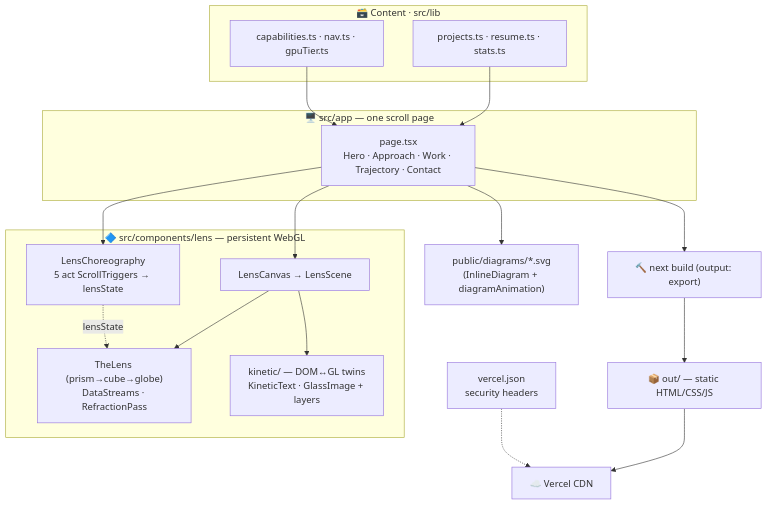
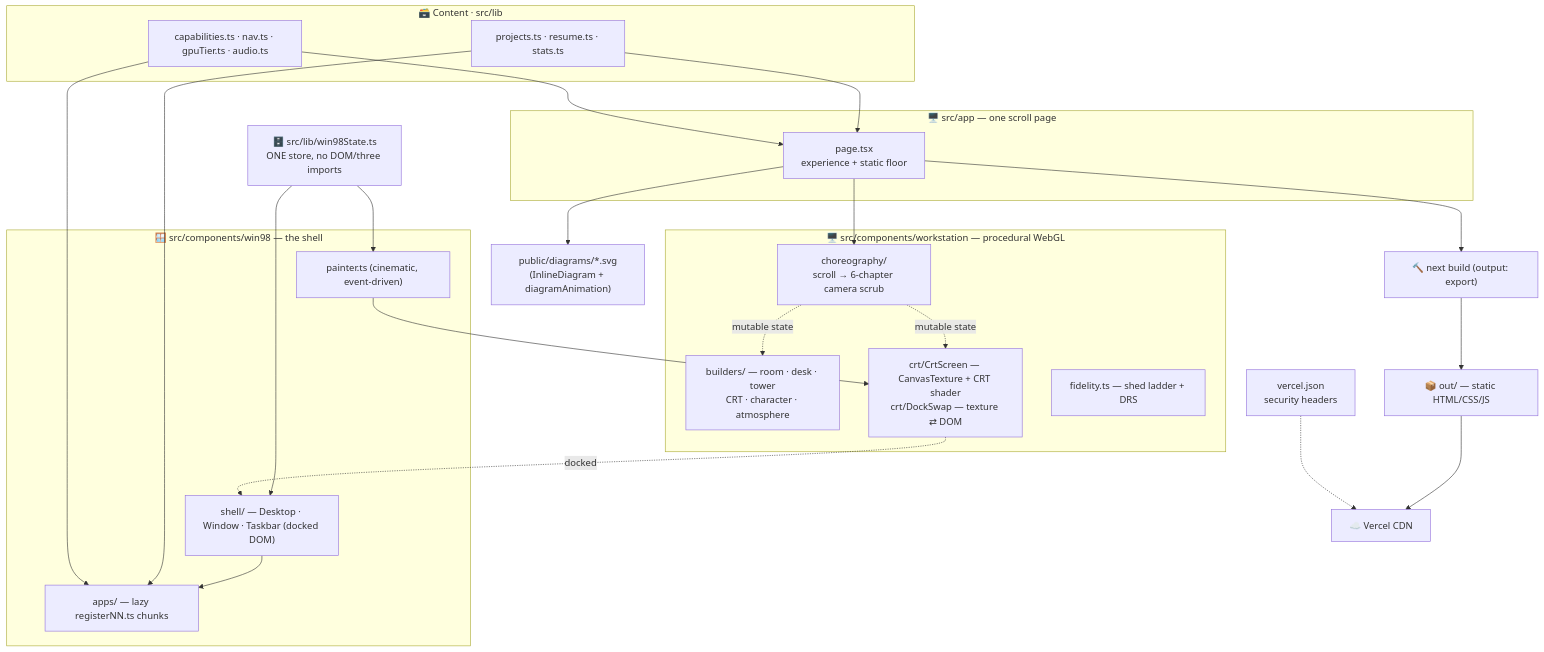
One commit to aravindGitHub1994/my-portfolio changed the diagram in README.md. Above: the diagram before and after it, drawn with Mermaid. The commit also changed other lines of this file and 10 other files, not shown here.

````diff
--- a/README.md
+++ b/README.md
@@ -38,25 +41,34 @@
 ```mermaid
 flowchart TD
     subgraph Page["🖥️ src/app — one scroll page"]
-        PG["page.tsx<br/>Hero · Approach · Work · Trajectory · Contact"]
+        PG["page.tsx<br/>experience + static floor"]
     end
-    subgraph Lens["🔷 src/components/lens — persistent WebGL"]
-        LC["LensCanvas → LensScene"]
-        CH["LensChoreography<br/>5 act ScrollTriggers → lensState"]
-        TL["TheLens (prism→cube→globe)<br/>DataStreams · RefractionPass"]
-        KT["kinetic/ — DOM↔GL twins<br/>KineticText · GlassImage + layers"]
-        LC --> TL & KT
-        CH -.lensState.-> TL
+    subgraph WS["🖥️ src/components/workstation — procedural WebGL"]
+        CH["choreography/<br/>scroll → 6-chapter camera scrub"]
+        BD["builders/ — room · desk · tower<br/>CRT · character · atmosphere"]
+        CRT["crt/CrtScreen — CanvasTexture + CRT shader<br/>crt/DockSwap — texture ⇄ DOM"]
+        FD["fidelity.ts — shed ladder + DRS"]
+        CH -.mutable state.-> BD & CRT
     end
+    subgraph W98["🪟 src/components/win98 — the shell"]
+        PT["painter.ts (cinematic, event-driven)"]
+        SH["shell/ — Desktop · Window · Taskbar (docked DOM)"]
+        AP["apps/ — lazy registerNN.ts chunks"]
+        SH --> AP
+    end
+    ST["🗄️ src/lib/win98State.ts<br/>ONE store, no DOM/three imports"]
+    ST --> PT & SH
+    PT --> CRT
+    CRT -.docked.-> SH
     subgraph Data["🗃️ Content · src/lib"]
         D1["projects.ts · resume.ts · stats.ts"]
-        D2["capabilities.ts · nav.ts · gpuTier.ts"]
+        D2["capabilities.ts · nav.ts · gpuTier.ts · audio.ts"]
     end
-    PG --> LC & CH
-    D1 & D2 --> PG
+    PG --> CH
+    D1 & D2 --> PG & AP
     PG --> DG["public/diagrams/*.svg<br/>(InlineDiagram + diagramAnimation)"]
     PG --> B["🔨 next build (output: export)"]
     B --> O["📦 out/ — static HTML/CSS/JS"]
     O --> V["☁️ Vercel CDN"]
     VJ["vercel.json<br/>security headers"] -.-> V
 ```
````
